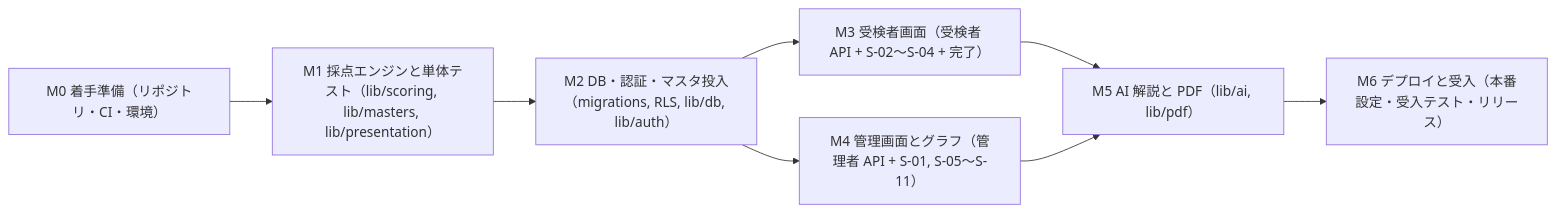
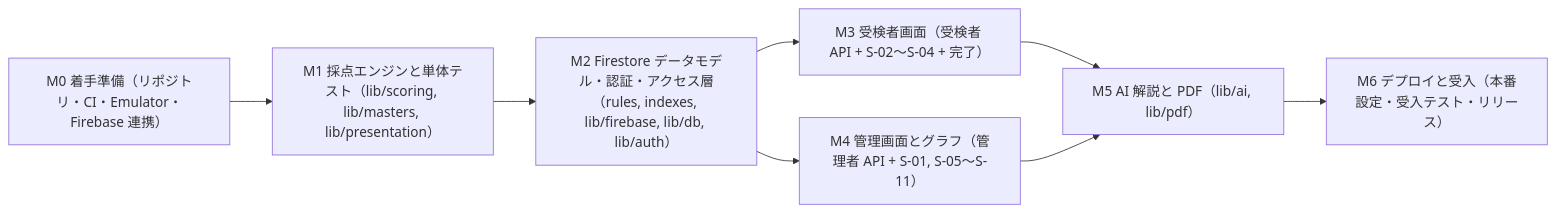
One commit to tanukichiyamaguchi/Tekisei-Kensa changed the first of 4 diagrams in docs/基本設計/08_実装計画とテスト計画.md. Above: the diagram before and after it, drawn with Mermaid. The commit also changed other lines of this file, not shown here.

First line of the commit message:
作業中: 01・02・04・08 を Firebase 前提に改版（途中経過）

````diff
--- a/docs/基本設計/08_実装計画とテスト計画.md
+++ b/docs/基本設計/08_実装計画とテスト計画.md
@@ -63,10 +67,10 @@
 ```mermaid
 flowchart LR
-    M0["M0 着手準備（リポジトリ・CI・環境）"] --> M1["M1 採点エンジンと単体テスト（lib/scoring, lib/masters, lib/presentation）"]
-    M1 --> M2["M2 DB・認証・マスタ投入（migrations, RLS, lib/db, lib/auth）"]
+    M0["M0 着手準備（リポジトリ・CI・Emulator・Firebase 連携）"] --> M1["M1 採点エンジンと単体テスト（lib/scoring, lib/masters, lib/presentation）"]
+    M1 --> M2["M2 Firestore データモデル・認証・アクセス層（rules, indexes, lib/firebase, lib/db, lib/auth）"]
     M2 --> M3["M3 受検者画面（受検者 API + S-02〜S-04 + 完了）"]
     M2 --> M4["M4 管理画面とグラフ（管理者 API + S-01, S-05〜S-11）"]
     M3 --> M5["M5 AI 解説と PDF（lib/ai, lib/pdf）"]
     M4 --> M5
     M5 --> M6["M6 デプロイと受入（本番設定・受入テスト・リリース）"]
 ```
````
